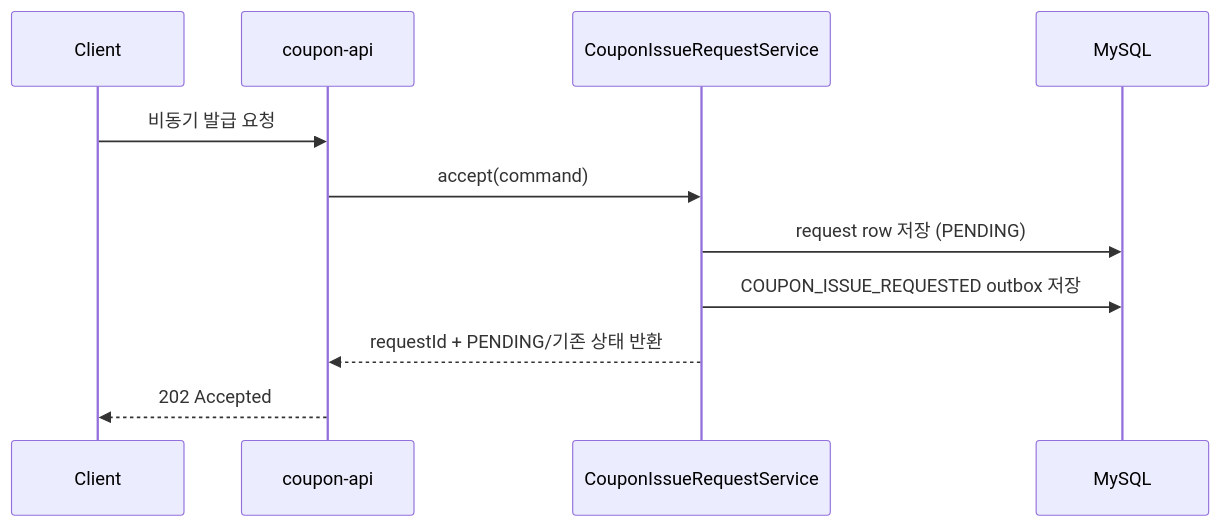
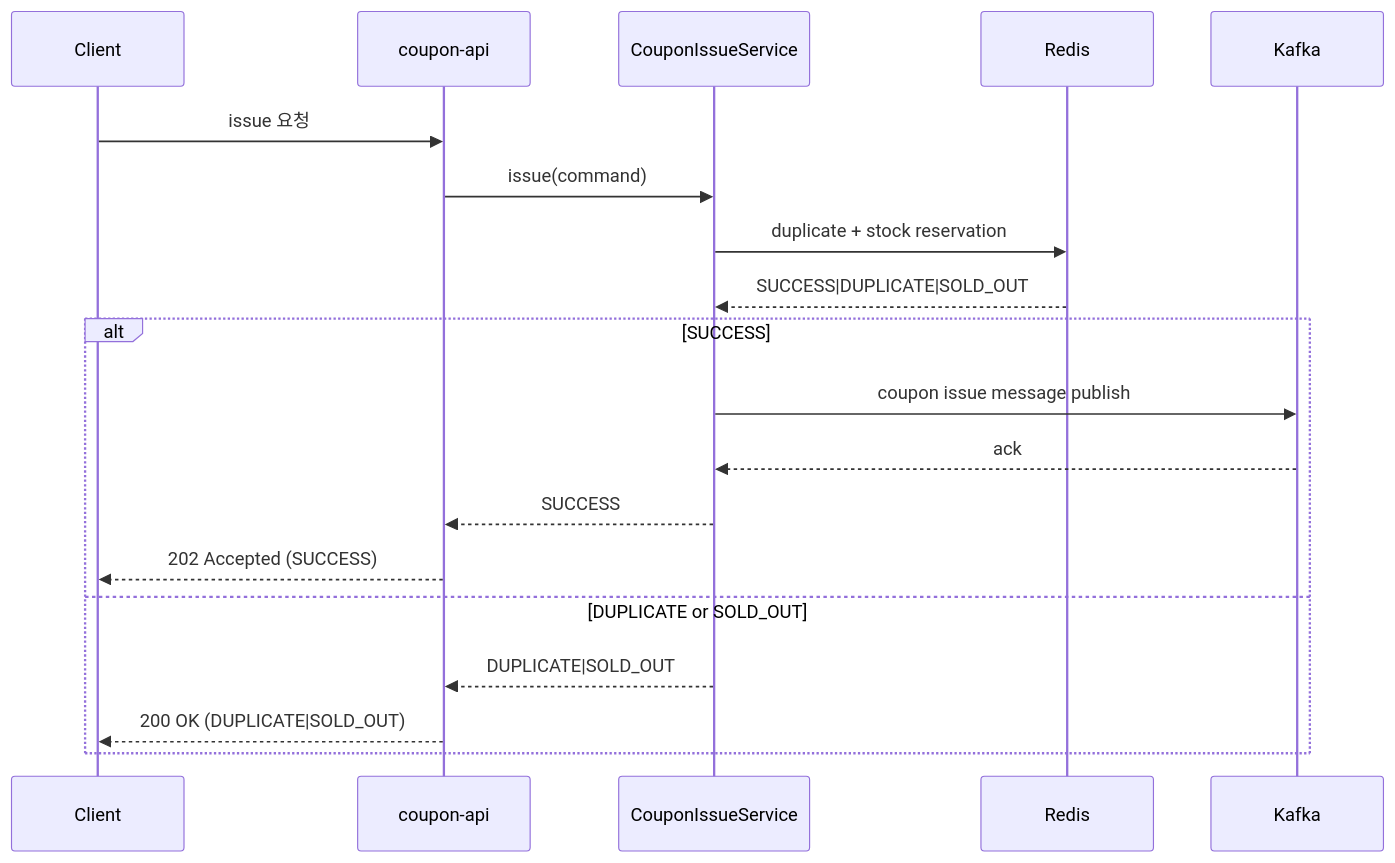
One commit to char-labs/coupon-system-design-kt changed the seventh of 11 diagrams in coupon/coupon-worker/docs/coupon-kafka-runtime-guide.md. Above: the diagram before and after it, drawn with Mermaid. The commit also changed other lines of this file and 4 other files, not shown here.

Commit message:
[Docs] Refresh coupon Kafka runtime guides

````diff
--- a/coupon/coupon-worker/docs/coupon-kafka-runtime-guide.md
+++ b/coupon/coupon-worker/docs/coupon-kafka-runtime-guide.md
@@ -271,14 +238,22 @@
 ```mermaid
 sequenceDiagram
     participant Client
     participant API as coupon-api
-    participant Request as CouponIssueRequestService
-    participant DB as MySQL
+    participant Issue as CouponIssueService
+    participant Redis as Redis
+    participant Kafka as Kafka
 
-    Client->>API: 비동기 발급 요청
-    API->>Request: accept(command)
-    Request->>DB: request row 저장 (PENDING)
-    Request->>DB: COUPON_ISSUE_REQUESTED outbox 저장
-    Request-->>API: requestId + PENDING/기존 상태 반환
-    API-->>Client: 202 Accepted
+    Client->>API: issue 요청
+    API->>Issue: issue(command)
+    Issue->>Redis: duplicate + stock reservation
+    Redis-->>Issue: SUCCESS|DUPLICATE|SOLD_OUT
+    alt SUCCESS
+    Issue->>Kafka: coupon issue message publish
+    Kafka-->>Issue: ack
+    Issue-->>API: SUCCESS
+    API-->>Client: 202 Accepted (SUCCESS)
+    else DUPLICATE or SOLD_OUT
+    Issue-->>API: DUPLICATE|SOLD_OUT
+    API-->>Client: 200 OK (DUPLICATE|SOLD_OUT)
+    end
 ```
````
